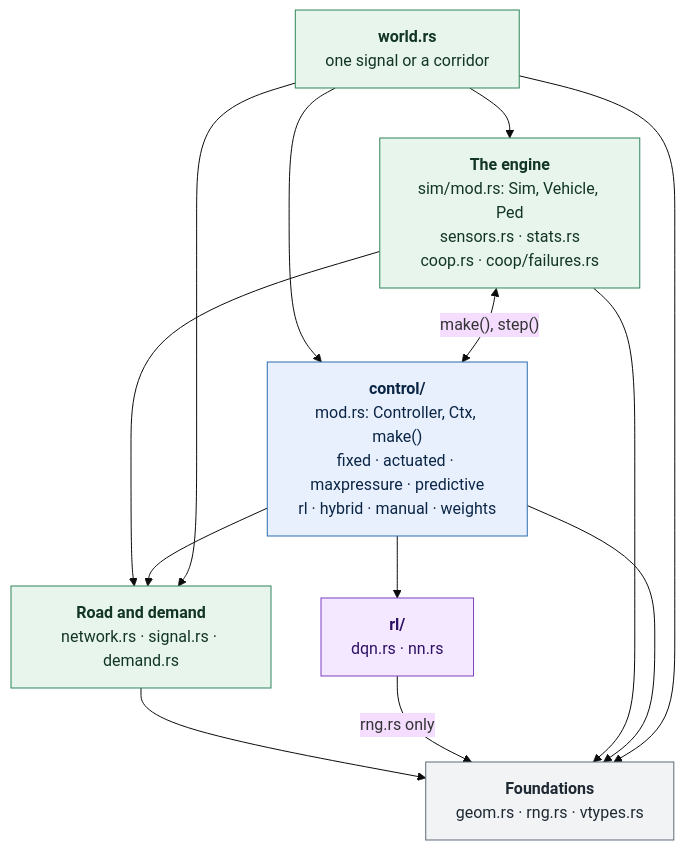
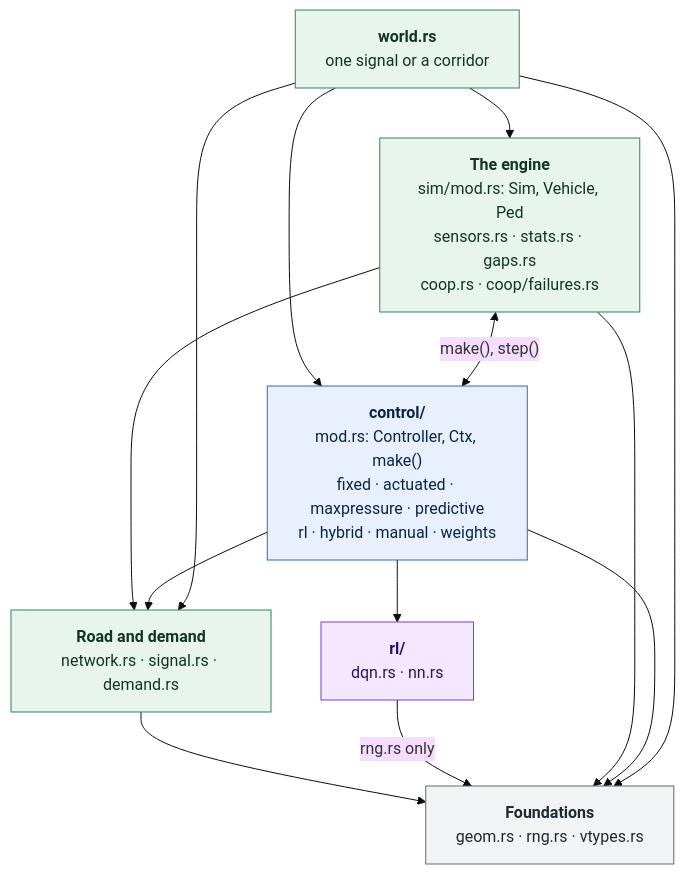
The third of 22 diagrams in docs/architecture.md (schreck61/intersection-lab), drawn with Mermaid (base theme) before and after one commit. The commit also changed other lines of this file and 7 other files, not shown here.

````diff
--- a/docs/architecture.md
+++ b/docs/architecture.md
@@ -300,29 +301,29 @@
 ```mermaid
 flowchart TB
     world["<b>world.rs</b><br/>one signal or a corridor"]
-    ENGINE["<b>The engine</b><br/>sim/mod.rs: Sim, Vehicle, Ped<br/>sensors.rs · stats.rs<br/>coop.rs · coop/failures.rs"]
+    ENGINE["<b>The engine</b><br/>sim/mod.rs: Sim, Vehicle, Ped<br/>sensors.rs · stats.rs · gaps.rs<br/>coop.rs · coop/failures.rs"]
     CONTROL["<b>control/</b><br/>mod.rs: Controller, Ctx, make()<br/>fixed · actuated · maxpressure · predictive<br/>rl · hybrid · manual · weights"]
     RLM["<b>rl/</b><br/>dqn.rs · nn.rs"]
     MODEL["<b>Road and demand</b><br/>network.rs · signal.rs · demand.rs"]
     BASE["<b>Foundations</b><br/>geom.rs · rng.rs · vtypes.rs"]
     world --> ENGINE
     world --> CONTROL
     ENGINE <-->|"make(), step()"| CONTROL
     CONTROL --> RLM
     ENGINE --> MODEL
     CONTROL --> MODEL
     world --> MODEL
     MODEL --> BASE
     RLM -->|"rng.rs only"| BASE
     ENGINE --> BASE
     CONTROL --> BASE
     world --> BASE
     classDef sim fill:#e7f5ec,stroke:#2f855a,color:#123524
     classDef ctrl fill:#e8f0fe,stroke:#2b6cb0,color:#0b2545
     classDef rl fill:#f3e8ff,stroke:#7e3fbf,color:#2e1065
     classDef data fill:#f1f3f5,stroke:#5f6b7a,color:#1f2933
     class world,ENGINE,MODEL sim
     class CONTROL ctrl
     class RLM rl
     class BASE data
 ```
````
